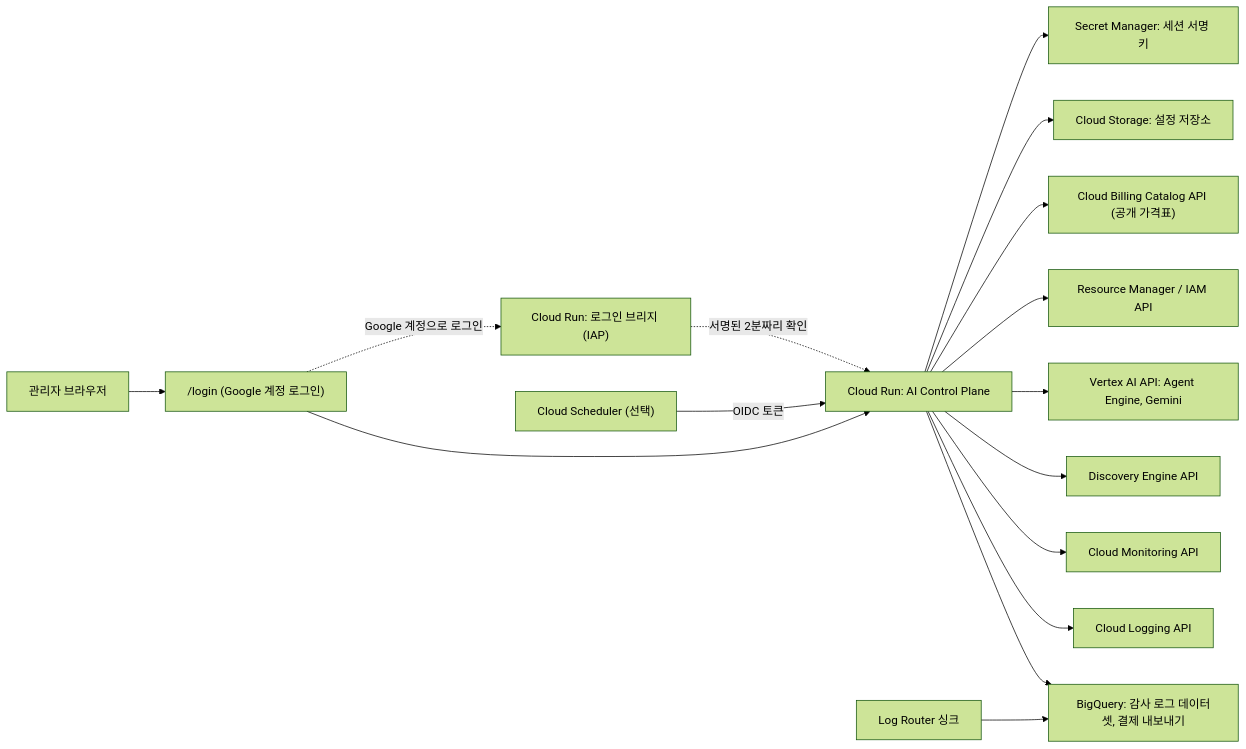
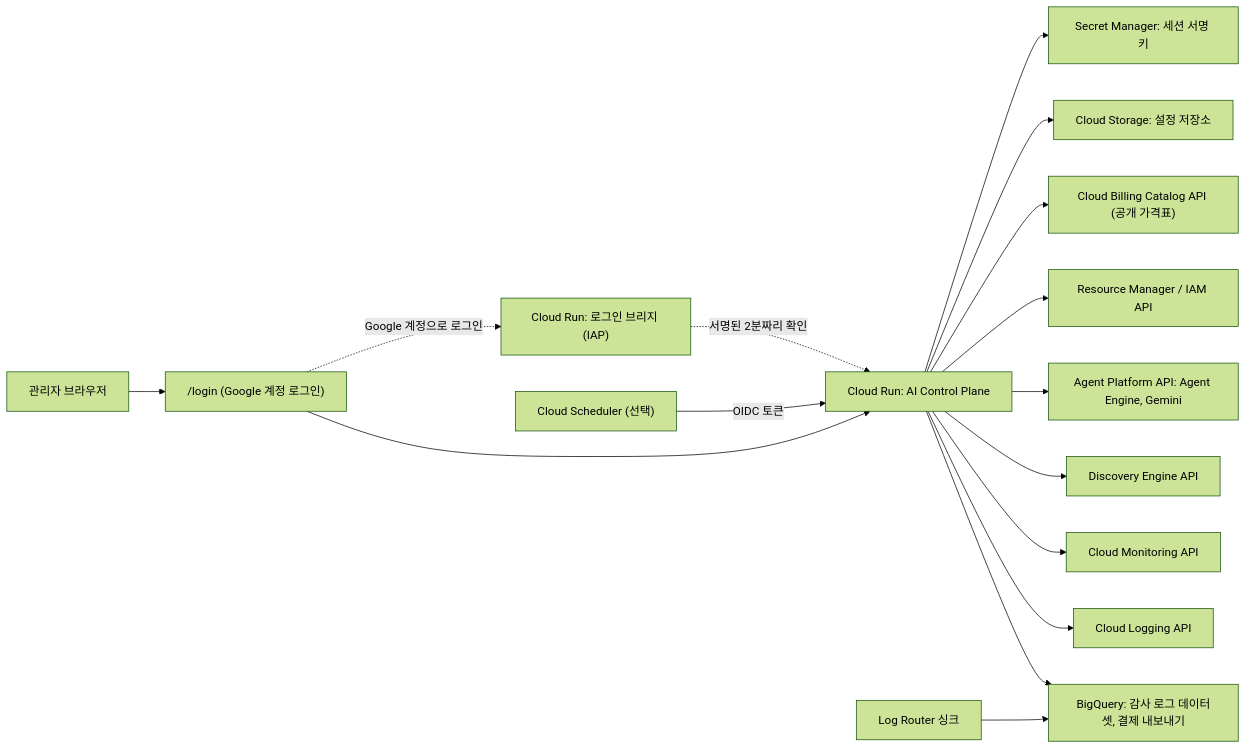
One commit to ldu1225/ai-control-plane changed the first of 3 diagrams in README.md. Above: the diagram before and after it, drawn with Mermaid (forest theme). The commit also changed other lines of this file and 25 other files, not shown here.

First line of the commit message:
Use the Agent Platform name instead of Vertex AI

````diff
--- a/README.md
+++ b/README.md
@@ -78,18 +78,18 @@
 ```mermaid
 flowchart LR
   user["관리자 브라우저"] --> login["/login (Google 계정 로그인)"]
   login --> run["Cloud Run: AI Control Plane"]
   bridge["Cloud Run: 로그인 브리지 (IAP)"] -. "서명된 2분짜리 확인" .-> run
   login -. "Google 계정으로 로그인" .-> bridge
   run --> bq["BigQuery: 감사 로그 데이터셋, 결제 내보내기"]
   run --> logging["Cloud Logging API"]
   run --> monitoring["Cloud Monitoring API"]
   run --> de["Discovery Engine API"]
-  run --> vertex["Vertex AI API: Agent Engine, Gemini"]
+  run --> agentplatform["Agent Platform API: Agent Engine, Gemini"]
   run --> rm["Resource Manager / IAM API"]
   run --> catalog["Cloud Billing Catalog API (공개 가격표)"]
   run --> gcs["Cloud Storage: 설정 저장소"]
   run --> sm["Secret Manager: 세션 서명 키"]
   sink["Log Router 싱크"] --> bq
   sched["Cloud Scheduler (선택)"] -- "OIDC 토큰" --> run
 ```
````
